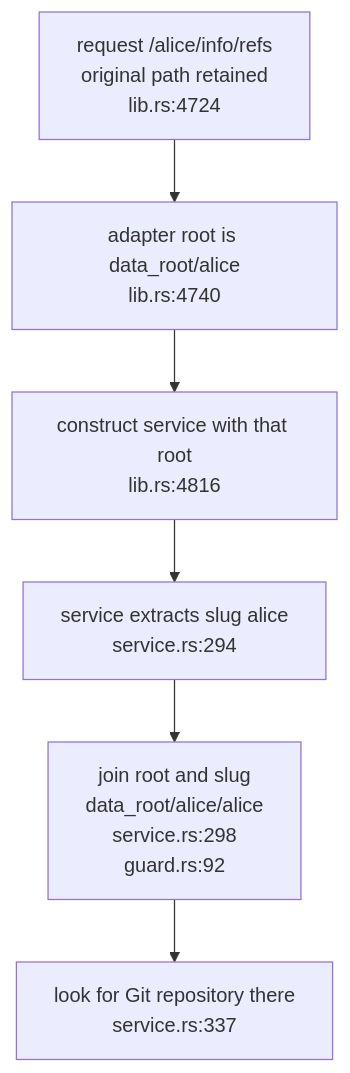
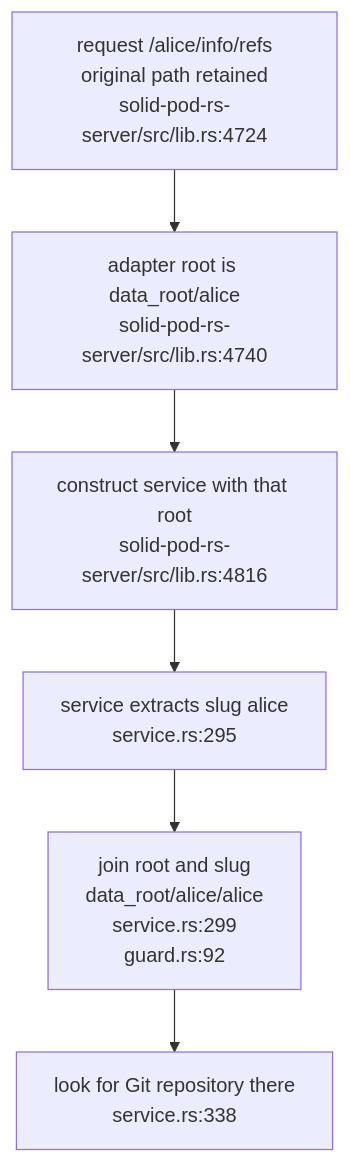
One commit to DreamLab-AI/VisionFlow changed the first of 3 diagrams in docs/diagrams/solid-pod-rs/14-git-export-boundaries.md. Above: the diagram before and after it, drawn with Mermaid. The commit also changed other lines of this file and 60 other files, not shown here.

````diff
--- a/docs/diagrams/solid-pod-rs/14-git-export-boundaries.md
+++ b/docs/diagrams/solid-pod-rs/14-git-export-boundaries.md
@@ -25,10 +27,10 @@
 ```mermaid
 flowchart TD
-    REQUEST["request /alice/info/refs<br/>original path retained<br/>lib.rs:4724"]
-    ROOT["adapter root is data_root/alice<br/>lib.rs:4740"]
-    SERVICE["construct service with that root<br/>lib.rs:4816"]
-    SLUG["service extracts slug alice<br/>service.rs:294"]
-    JOIN["join root and slug<br/>data_root/alice/alice<br/>service.rs:298<br/>guard.rs:92"]
-    REPO["look for Git repository there<br/>service.rs:337"]
+    REQUEST["request /alice/info/refs<br/>original path retained<br/>solid-pod-rs-server/src/lib.rs:4724"]
+    ROOT["adapter root is data_root/alice<br/>solid-pod-rs-server/src/lib.rs:4740"]
+    SERVICE["construct service with that root<br/>solid-pod-rs-server/src/lib.rs:4816"]
+    SLUG["service extracts slug alice<br/>service.rs:295"]
+    JOIN["join root and slug<br/>data_root/alice/alice<br/>service.rs:299<br/>guard.rs:92"]
+    REPO["look for Git repository there<br/>service.rs:338"]
     REQUEST --> ROOT --> SERVICE --> SLUG --> JOIN --> REPO
 ```
````
